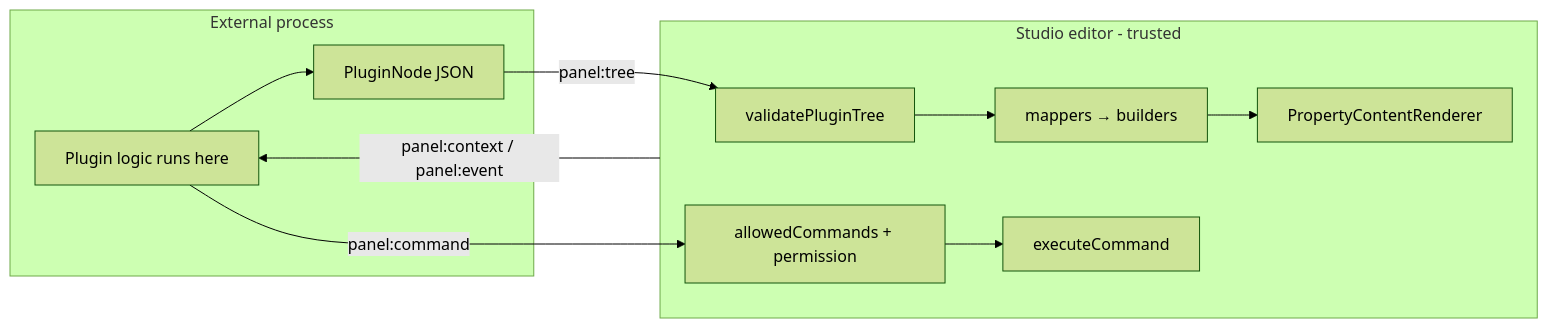
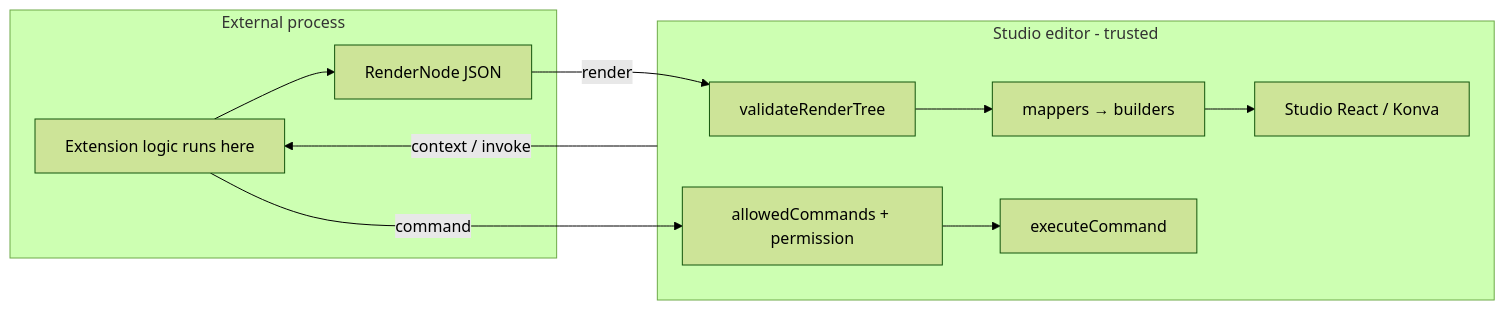
The first of 3 diagrams in Plugin-boundaries.md (openenvx/editor), drawn with Mermaid (forest theme) before and after one commit. The commit also changed other lines of this file and 191 other files, not shown here.

````diff
--- a/Plugin-boundaries.md
+++ b/Plugin-boundaries.md
@@ -29,19 +29,19 @@
 ```mermaid
 flowchart LR
   subgraph parent [External process]
-    ExtJS["Plugin logic runs here"]
-    Tree["PluginNode JSON"]
+    ExtJS["Extension logic runs here"]
+    Tree["RenderNode JSON"]
     ExtJS --> Tree
   end
   subgraph host [Studio editor - trusted]
-    Validate["validatePluginTree"]
+    Validate["validateRenderTree"]
     Mapper["mappers → builders"]
-    Render["PropertyContentRenderer"]
+    Render["Studio React / Konva"]
     Gate["allowedCommands + permission"]
     Validate --> Mapper --> Render
     Gate --> Commands["executeCommand"]
   end
-  Tree -->|"panel:tree"| Validate
-  host -->|"panel:context / panel:event"| ExtJS
-  ExtJS -->|"panel:command"| Gate
+  Tree -->|"render"| Validate
+  host -->|"context / invoke"| ExtJS
+  ExtJS -->|"command"| Gate
 ```
````
